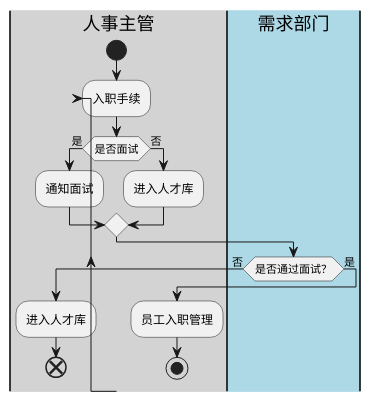
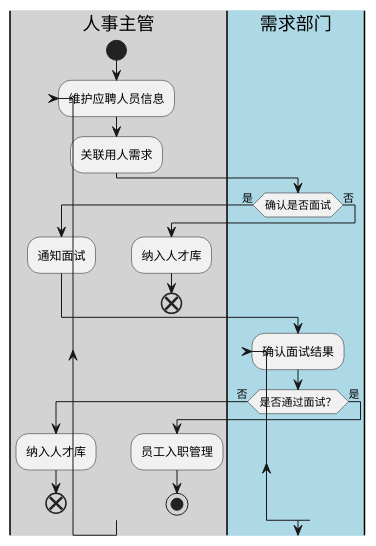
One commit to leiyiya/zhongshan changed the diagram in uml/yingpinrenyuan.pu. Above: the diagram before and after it, drawn with PlantUML.

```diff
--- a/uml/yingpinrenyuan.pu
+++ b/uml/yingpinrenyuan.pu
@@ -1,27 +1,30 @@
 @startuml
 
 |#lightblue|人事主管|
 start
-repeat :入职手续;
+repeat :维护应聘人员信息;
 
-if (是否面试) then (是)
+:关联用人需求;
+|#lightgray|需求部门|
+if (确认是否面试) then (是)
     |#lightgray|人事主管|
     :通知面试;
 else (否)
     |#lightgray|人事主管|
-    :进入人才库;
+    :纳入人才库;
+    end
 endif
 
 |#lightblue|需求部门|
-
+repeat :确认面试结果;
 if (是否通过面试？) then (否) 
     |#lightgray|人事主管|
-    :进入人才库;
+    :纳入人才库;
     end
 else  (是) 
    |#lightgray|人事主管|
     :员工入职管理; 
 
 
 stop
 @enduml
```
